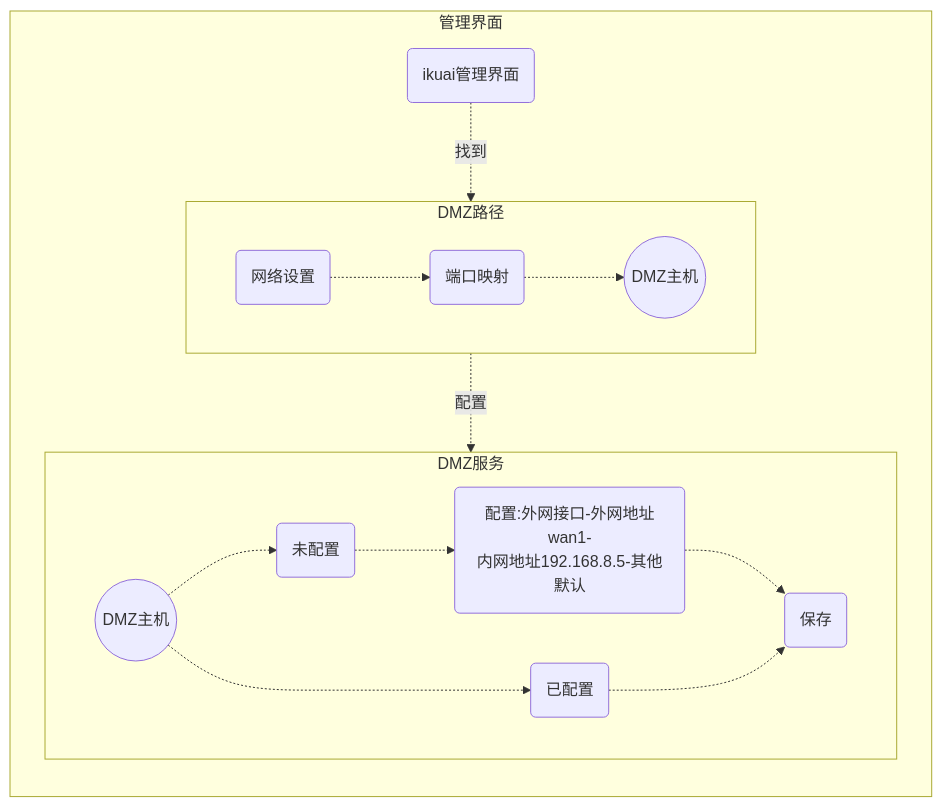
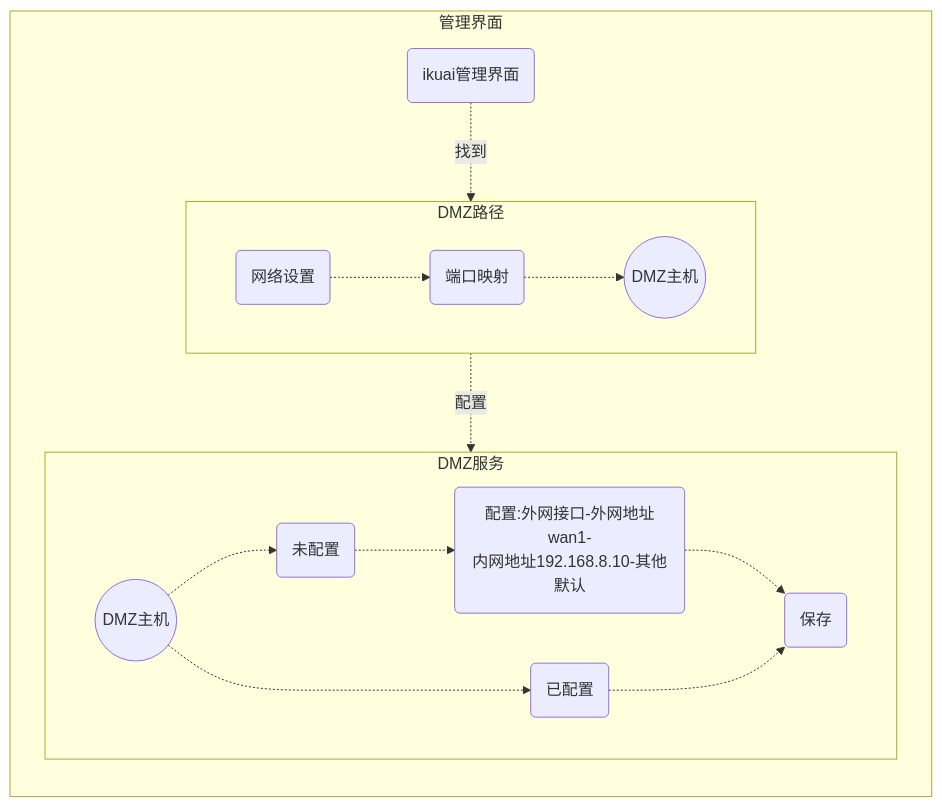
The fifth of 16 diagrams in The configuration of ikuai+openwrt install in pve for Primary and secondary soft routing.md (qingzhiku/MicroService), drawn with Mermaid before and after one commit. The commit also changed other lines of this file, not shown here.

````diff
--- a/The configuration of ikuai+openwrt install in pve for Primary and secondary soft routing.md
+++ b/The configuration of ikuai+openwrt install in pve for Primary and secondary soft routing.md
@@ -326,29 +322,29 @@
 ```mermaid
 flowchart 
 subgraph 管理界面
 direction TB
 1(ikuai管理界面)
     subgraph DMZ路径
         direction LR
         2(网络设置) -.->
         3(端口映射)-.->
         4((DMZ主机))
     end
 
     subgraph DMZ服务
         direction LR
         5((DMZ主机))
         6(未配置)
         7(已配置)
-        8(配置:外网接口-外网地址wan1-<br/>内网地址192.168.8.5-其他默认)
+        8(配置:外网接口-外网地址wan1-<br/>内网地址192.168.8.10-其他默认)
         9(保存)
         5-.->6
         5-.->7
         6-.->8
         8-.->9
         7-.->9
     end
 
     1-.找到.->DMZ路径-.配置.->DMZ服务
 end
 ```  
````
